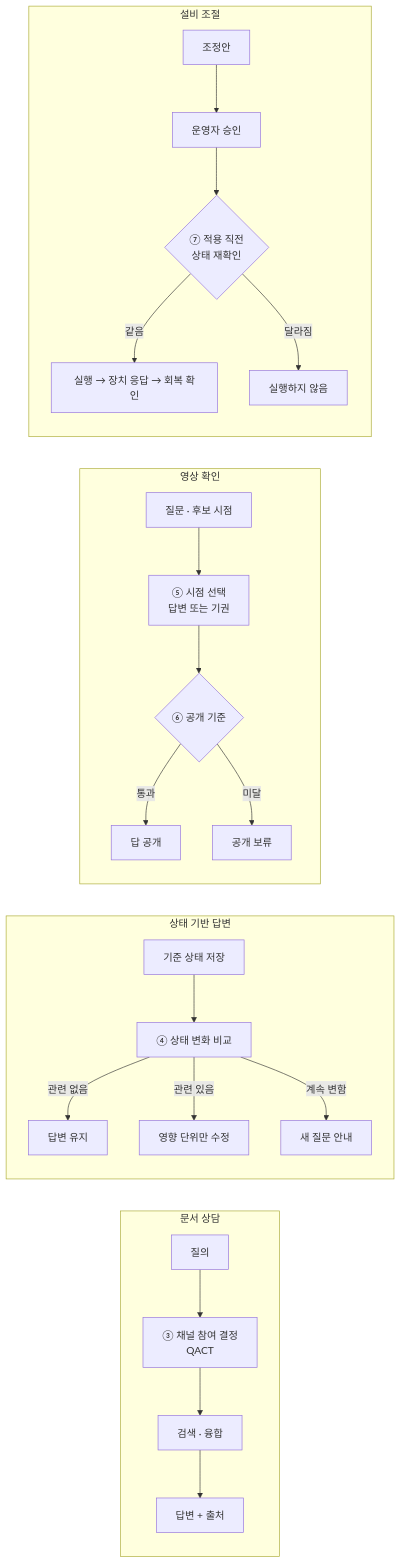
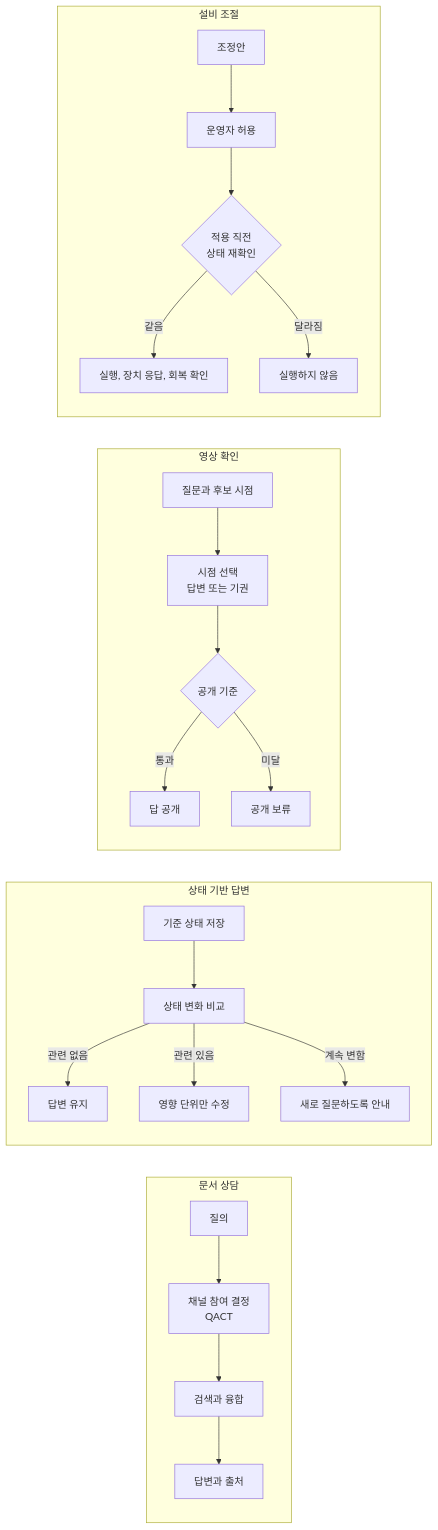
One commit to NAMUORI00/smartfarm-adaptive-rag changed the second of 5 diagrams in README.md. Above: the diagram before and after it, drawn with Mermaid. The commit also changed other lines of this file, not shown here.

````diff
--- a/README.md
+++ b/README.md
@@ -128,22 +128,22 @@
 ```mermaid
 flowchart LR
     subgraph DOC["문서 상담"]
-        D1["질의"] --> D2["③ 채널 참여 결정<br/>QACT"] --> D3["검색 · 융합"] --> D4["답변 + 출처"]
+        D1["질의"] --> D2["채널 참여 결정<br/>QACT"] --> D3["검색과 융합"] --> D4["답변과 출처"]
     end
     subgraph STATE["상태 기반 답변"]
-        S1["기준 상태 저장"] --> S2["④ 상태 변화 비교"]
+        S1["기준 상태 저장"] --> S2["상태 변화 비교"]
         S2 -->|"관련 없음"| S3["답변 유지"]
         S2 -->|"관련 있음"| S4["영향 단위만 수정"]
-        S2 -->|"계속 변함"| S5["새 질문 안내"]
+        S2 -->|"계속 변함"| S5["새로 질문하도록 안내"]
     end
     subgraph VIDEO["영상 확인"]
-        V1["질문 · 후보 시점"] --> V2["⑤ 시점 선택<br/>답변 또는 기권"] --> V3{"⑥ 공개 기준"}
+        V1["질문과 후보 시점"] --> V2["시점 선택<br/>답변 또는 기권"] --> V3{"공개 기준"}
         V3 -->|"통과"| V4["답 공개"]
         V3 -->|"미달"| V5["공개 보류"]
     end
     subgraph CONTROL["설비 조절"]
-        C1["조정안"] --> C2["운영자 승인"] --> C3{"⑦ 적용 직전<br/>상태 재확인"}
-        C3 -->|"같음"| C4["실행 → 장치 응답 → 회복 확인"]
+        C1["조정안"] --> C2["운영자 허용"] --> C3{"적용 직전<br/>상태 재확인"}
+        C3 -->|"같음"| C4["실행, 장치 응답, 회복 확인"]
         C3 -->|"달라짐"| C5["실행하지 않음"]
     end
 ```
````
